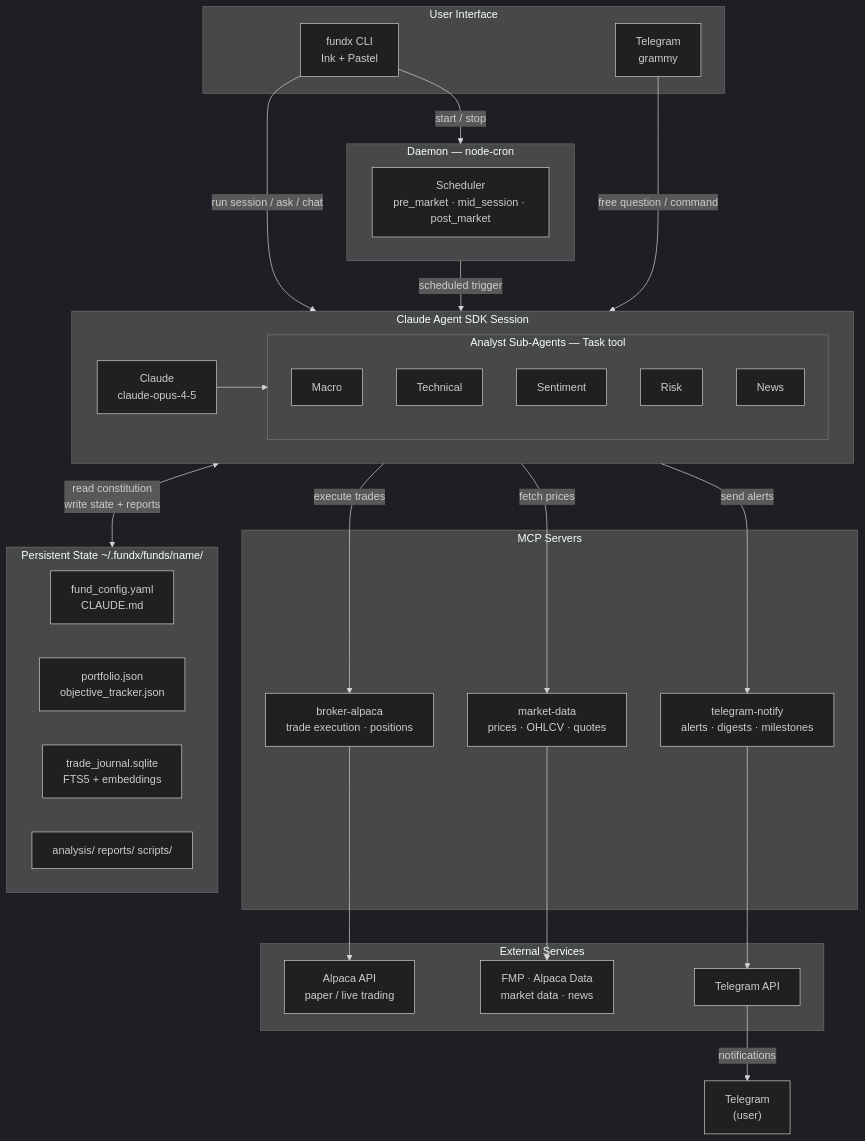
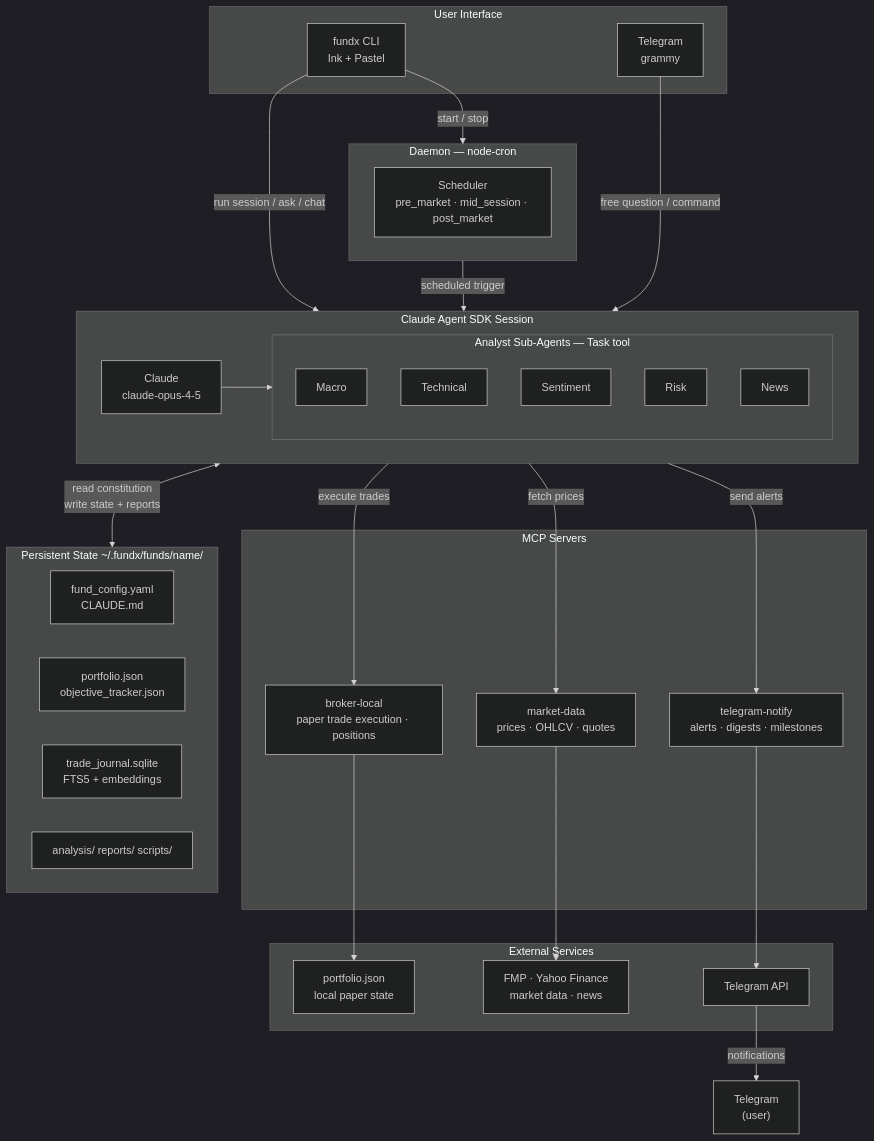
Before and after one commit to machester4/fundx: the diagram in README.md, drawn with Mermaid (dark theme). The commit also changed other lines of this file, not shown here.

First line of the commit message:
docs(README): update for local paper broker migration

````diff
--- a/README.md
+++ b/README.md
@@ -168,58 +159,58 @@
 ```mermaid
 graph TB
     subgraph UI["User Interface"]
         CLI["fundx CLI\nInk + Pastel"]
         TG_IN["Telegram\ngrammy"]
     end
 
     subgraph Daemon["Daemon — node-cron"]
         SCHED["Scheduler\npre_market · mid_session · post_market"]
     end
 
     subgraph Session["Claude Agent SDK Session"]
         CLAUDE["Claude\nclaude-opus-4-5"]
         subgraph SubAgents["Analyst Sub-Agents — Task tool"]
             SA1["Macro"]
             SA2["Technical"]
             SA3["Sentiment"]
             SA4["Risk"]
             SA5["News"]
         end
     end
 
     subgraph MCP["MCP Servers"]
-        MCP1["broker-alpaca\ntrade execution · positions"]
+        MCP1["broker-local\npaper trade execution · positions"]
         MCP2["market-data\nprices · OHLCV · quotes"]
         MCP3["telegram-notify\nalerts · digests · milestones"]
     end
 
     subgraph State["Persistent State  ~/.fundx/funds/name/"]
         ST1["fund_config.yaml\nCLAUDE.md"]
         ST2["portfolio.json\nobjective_tracker.json"]
         ST3["trade_journal.sqlite\nFTS5 + embeddings"]
         ST4["analysis/  reports/  scripts/"]
     end
 
     subgraph Ext["External Services"]
-        EXT1["Alpaca API\npaper / live trading"]
-        EXT2["FMP · Alpaca Data\nmarket data · news"]
+        EXT1["portfolio.json\nlocal paper state"]
+        EXT2["FMP · Yahoo Finance\nmarket data · news"]
         EXT3["Telegram API"]
     end
 
     CLI -->|"run session / ask / chat"| Session
     CLI -->|"start / stop"| Daemon
     Daemon -->|"scheduled trigger"| Session
     TG_IN -->|"free question / command"| Session
 
     Session <-->|"read constitution\nwrite state + reports"| State
     CLAUDE --> SubAgents
 
     Session -->|"execute trades"| MCP1
     Session -->|"fetch prices"| MCP2
     Session -->|"send alerts"| MCP3
 
     MCP1 --> EXT1
     MCP2 --> EXT2
     MCP3 --> EXT3
     EXT3 -->|"notifications"| TG_In2["Telegram\n(user)"]
 ```
````
